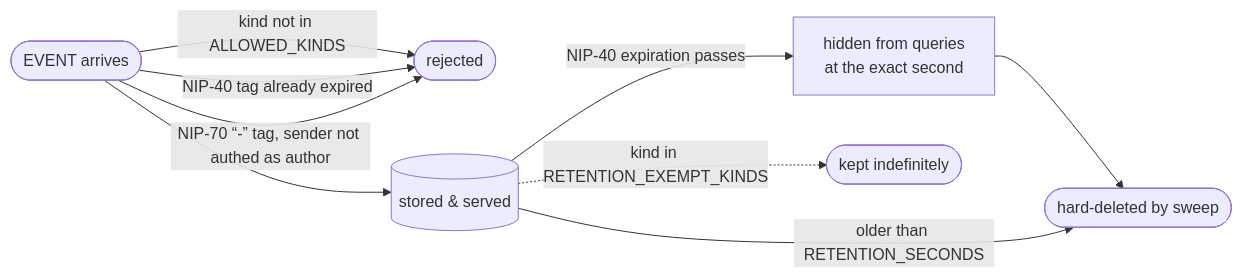
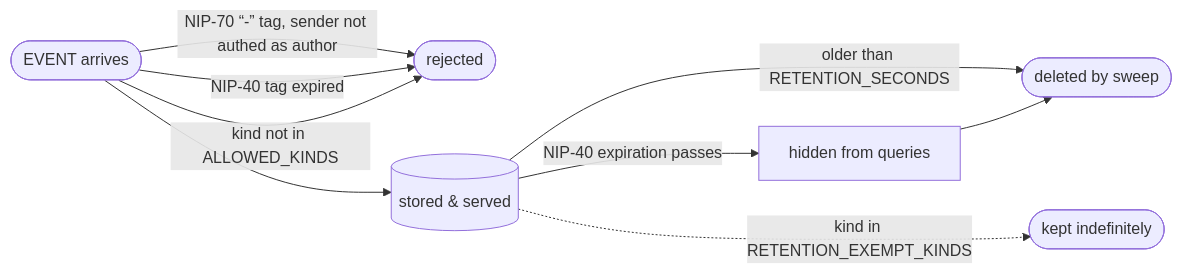
One commit to r0d8lsh0p/ephemeral-relay changed the diagram in README.md. Above: the diagram before and after it, drawn with Mermaid. The commit also changed other lines of this file, not shown here.

First line of the commit message:
README: right-align both terminal outcomes in the lifecycle diagram

````diff
--- a/README.md
+++ b/README.md
@@ -18,10 +18,11 @@
 ```mermaid
 flowchart LR
     A([EVENT arrives]) -->|kind not in ALLOWED_KINDS| X([rejected])
-    A -->|NIP-40 tag already expired| X
+    A -->|NIP-40 tag expired| X
     A -->|NIP-70 “-” tag, sender not authed as author| X
     A --> S[(stored & served)]
-    S -->|NIP-40 expiration passes| H[hidden from queries<br/>at the exact second] --> D([hard-deleted by sweep])
+    S -->|NIP-40 expiration passes| H[hidden from queries] --> D([deleted by sweep])
     S -->|older than RETENTION_SECONDS| D
     S -.->|kind in RETENTION_EXEMPT_KINDS| K([kept indefinitely])
+    H ~~~ K
 ```
````
